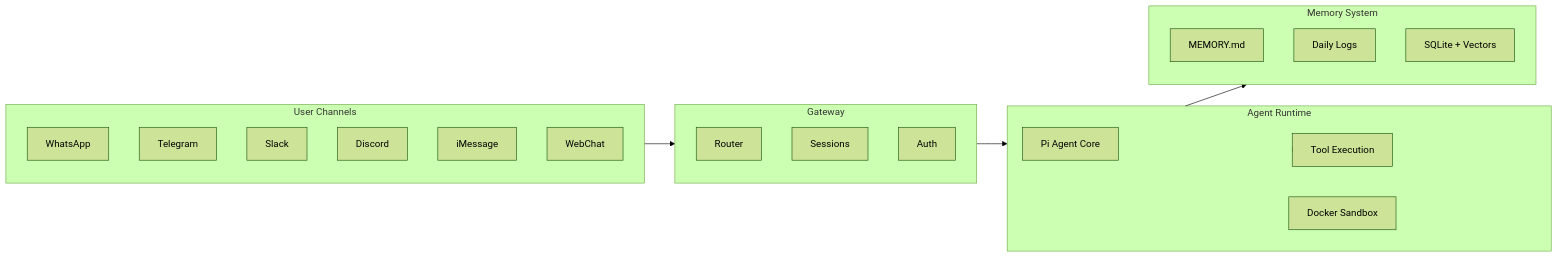
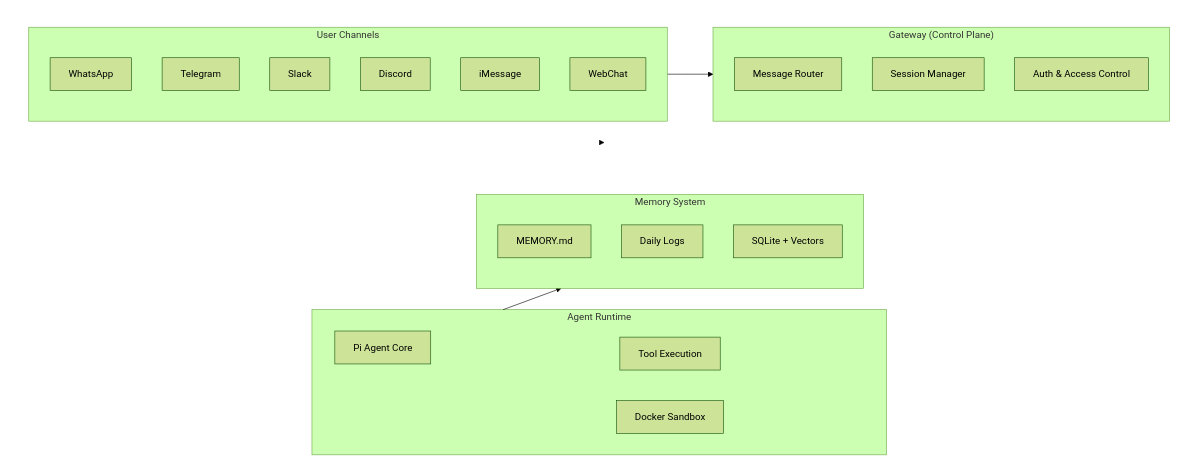
One commit to cynthialmy/cynthialmy.github.io changed the first of 9 diagrams in _posts/2026-02-27-self-evolving-ai-assistant.md. Above: the diagram before and after it, drawn with Mermaid (forest theme).

````diff
--- a/_posts/2026-02-27-self-evolving-ai-assistant.md
+++ b/_posts/2026-02-27-self-evolving-ai-assistant.md
@@ -32,23 +32,41 @@
 ```mermaid
-flowchart LR
-    subgraph Channels ["User Channels"]
-        WA["WhatsApp"] & TG["Telegram"] & SL["Slack"]
-        DC["Discord"] & IM["iMessage"] & WC["WebChat"]
+flowchart TB
+    subgraph Row1 [" "]
+        direction LR
+        subgraph Channels ["User Channels"]
+            WA["WhatsApp"]
+            TG["Telegram"]
+            SL["Slack"]
+            DC["Discord"]
+            IM["iMessage"]
+            WC["WebChat"]
+        end
+        subgraph GW ["Gateway (Control Plane)"]
+            Router["Message Router"]
+            SessionMgr["Session Manager"]
+            Auth["Auth & Access Control"]
+        end
     end
 
-    subgraph GW ["Gateway"]
-        Router["Router"] & SessionMgr["Sessions"] & Auth["Auth"]
+    subgraph Row2 [" "]
+        direction LR
+        subgraph AgentLayer ["Agent Runtime"]
+            Agent["Pi Agent Core"]
+            Tools["Tool Execution"]
+            Sandbox["Docker Sandbox"]
+        end
+        subgraph MemoryLayer ["Memory System"]
+            MemMD["MEMORY.md"]
+            DailyLogs["Daily Logs"]
+            SQLite["SQLite + Vectors"]
+        end
     end
 
-    subgraph AgentLayer ["Agent Runtime"]
-        Agent["Pi Agent Core"] & Tools["Tool Execution"] & Sandbox["Docker Sandbox"]
-    end
-
-    subgraph MemoryLayer ["Memory System"]
-        MemMD["MEMORY.md"] & DailyLogs["Daily Logs"] & SQLite["SQLite + Vectors"]
-    end
-
-    Channels --> GW --> AgentLayer
+    Channels --> GW
+    GW --> AgentLayer
     AgentLayer --> MemoryLayer
     AgentLayer --> Tools
+
+    style Row1 fill:none,stroke:none
+    style Row2 fill:none,stroke:none
 ```
````
